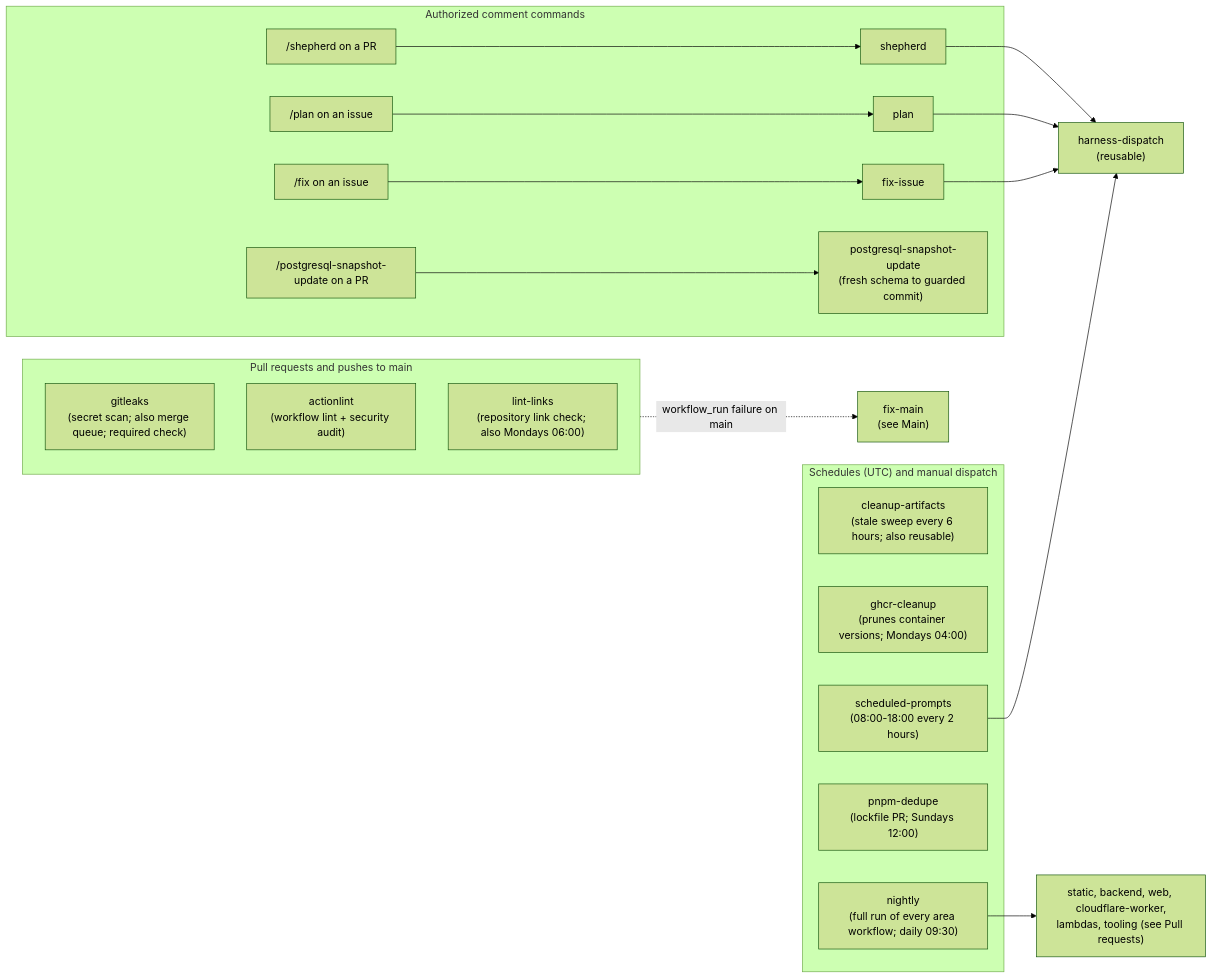
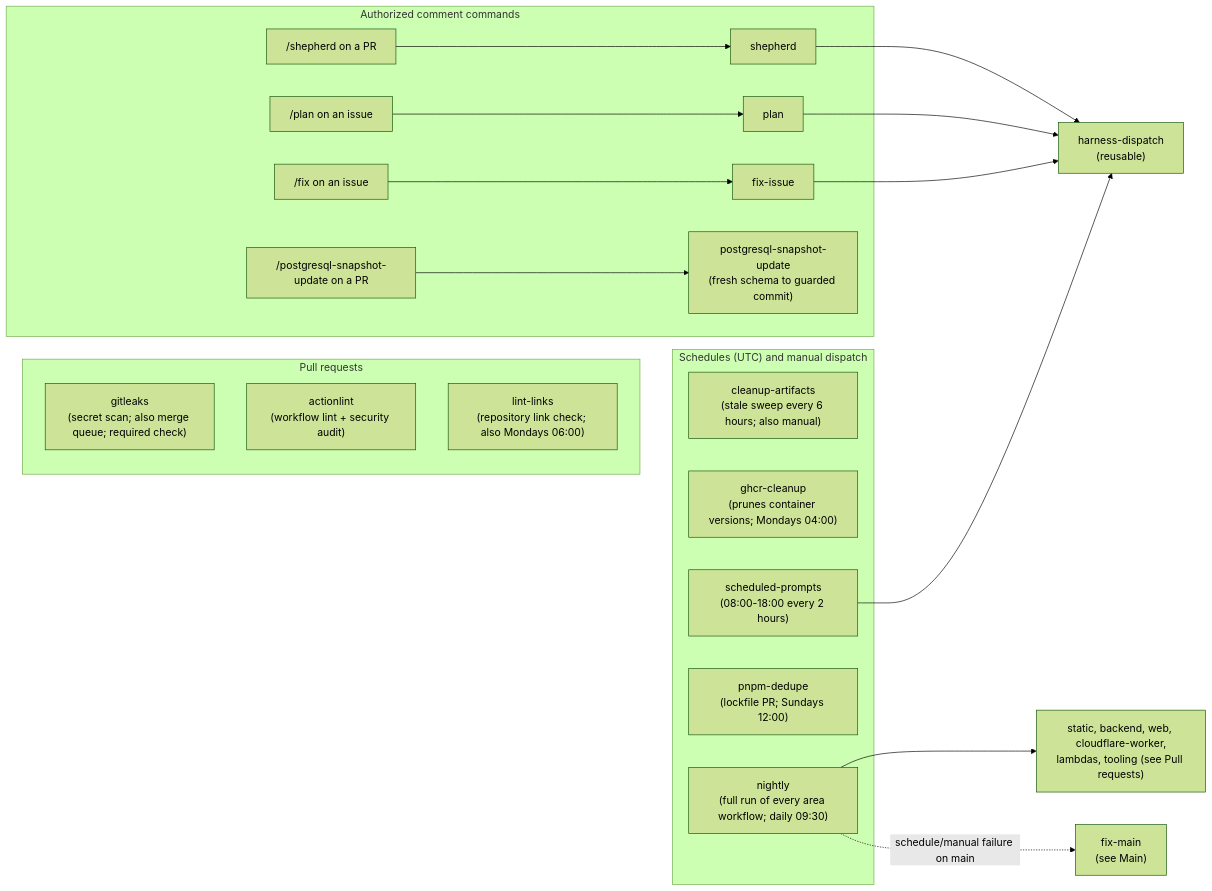
Before and after one commit to vouchington/vouchington: the diagram in docs/development/ci/workflows/reference-workflow-automation-always-run.md, drawn with Mermaid (forest theme). The commit also changed other lines of this file and 112 other files, not shown here.

````diff
--- a/docs/development/ci/workflows/reference-workflow-automation-always-run.md
+++ b/docs/development/ci/workflows/reference-workflow-automation-always-run.md
@@ -13,34 +13,34 @@
 ```mermaid
 flowchart LR
-    subgraph pr-and-main["Pull requests and pushes to main"]
+    subgraph pull-requests["Pull requests"]
         gitleaks["gitleaks<br/>(secret scan; also merge queue; required check)"]
         actionlint["actionlint<br/>(workflow lint + security audit)"]
         lint-links["lint-links<br/>(repository link check; also Mondays 06:00)"]
     end
     subgraph schedules["Schedules (UTC) and manual dispatch"]
-        cleanup-artifacts["cleanup-artifacts<br/>(stale sweep every 6 hours; also reusable)"]
+        cleanup-artifacts["cleanup-artifacts<br/>(stale sweep every 6 hours; also manual)"]
         ghcr-cleanup["ghcr-cleanup<br/>(prunes container versions; Mondays 04:00)"]
         nightly["nightly<br/>(full run of every area workflow; daily 09:30)"]
         pnpm-dedupe["pnpm-dedupe<br/>(lockfile PR; Sundays 12:00)"]
         scheduled-prompts["scheduled-prompts<br/>(08:00-18:00 every 2 hours)"]
     end
     subgraph comment-commands["Authorized comment commands"]
         fix-issue-comment["/fix on an issue"]
         plan-comment["/plan on an issue"]
         shepherd-comment["/shepherd on a PR"]
         snapshot-comment["/postgresql-snapshot-update on a PR"]
         fix-issue-comment --> fix-issue["fix-issue"]
         plan-comment --> plan["plan"]
         shepherd-comment --> shepherd["shepherd"]
         snapshot-comment --> postgresql-snapshot-update["postgresql-snapshot-update<br/>(fresh schema to guarded commit)"]
     end
     harness-dispatch["harness-dispatch<br/>(reusable)"]
     fix-main-ref["fix-main<br/>(see Main)"]
     area-workflows-ref["static, backend, web, cloudflare-worker,<br/>lambdas, tooling (see Pull requests)"]
     nightly --> area-workflows-ref
-    pr-and-main -. "workflow_run failure on main" .-> fix-main-ref
+    nightly -. "schedule/manual failure on main" .-> fix-main-ref
     scheduled-prompts --> harness-dispatch
     fix-issue --> harness-dispatch
     plan --> harness-dispatch
     shepherd --> harness-dispatch
 ```
````
